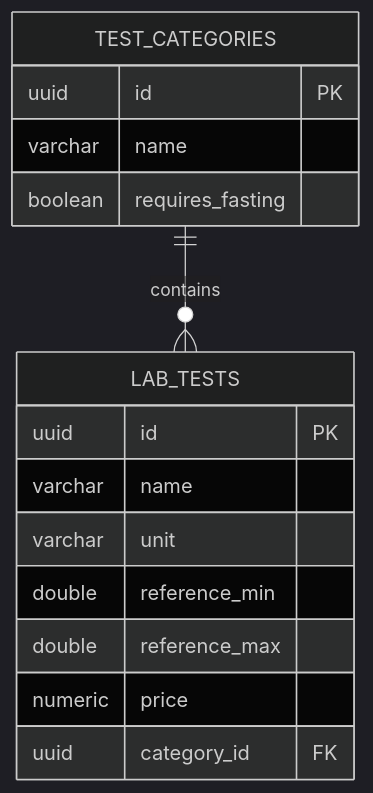
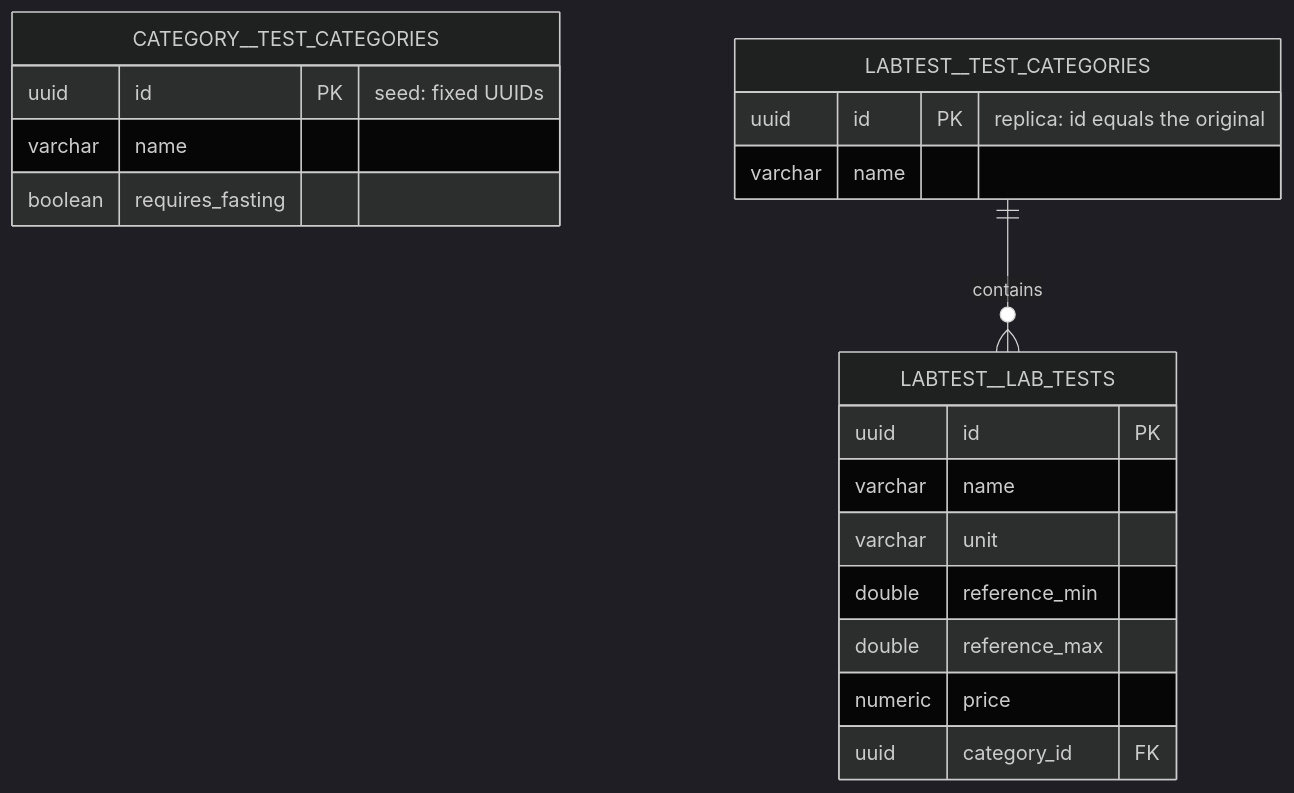
One commit to Zambrzyckii/Medata changed the third of 3 diagrams in docs/en/ARCHITECTURE.md. Above: the diagram before and after it, drawn with Mermaid (dark theme). The commit also changed other lines of this file and 39 other files, not shown here.

Commit message:
[LAB 4] Split into category and lab-test microservices with event sync and gateway

````diff
--- a/docs/en/ARCHITECTURE.md
+++ b/docs/en/ARCHITECTURE.md
@@ -44,18 +71,22 @@
 ```mermaid
 erDiagram
-    TEST_CATEGORIES ||--o{ LAB_TESTS : contains
-    TEST_CATEGORIES {
-        uuid id PK
+    CATEGORY__TEST_CATEGORIES {
+        uuid id PK "seed: fixed UUIDs"
         varchar name
         boolean requires_fasting
     }
-    LAB_TESTS {
+    LABTEST__TEST_CATEGORIES ||--o{ LABTEST__LAB_TESTS : contains
+    LABTEST__TEST_CATEGORIES {
+        uuid id PK "replica: id equals the original"
+        varchar name
+    }
+    LABTEST__LAB_TESTS {
         uuid id PK
         varchar name
         varchar unit
         double reference_min
         double reference_max
         numeric price
         uuid category_id FK
     }
 ```
````
